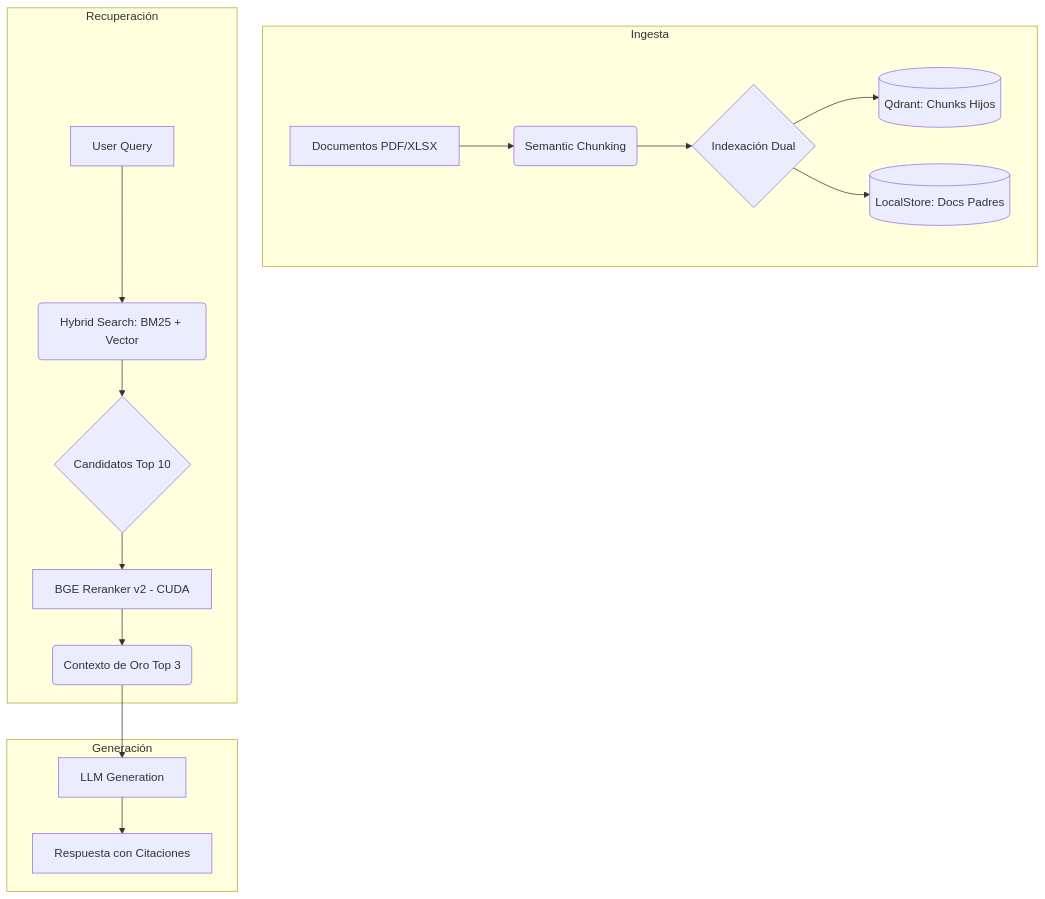
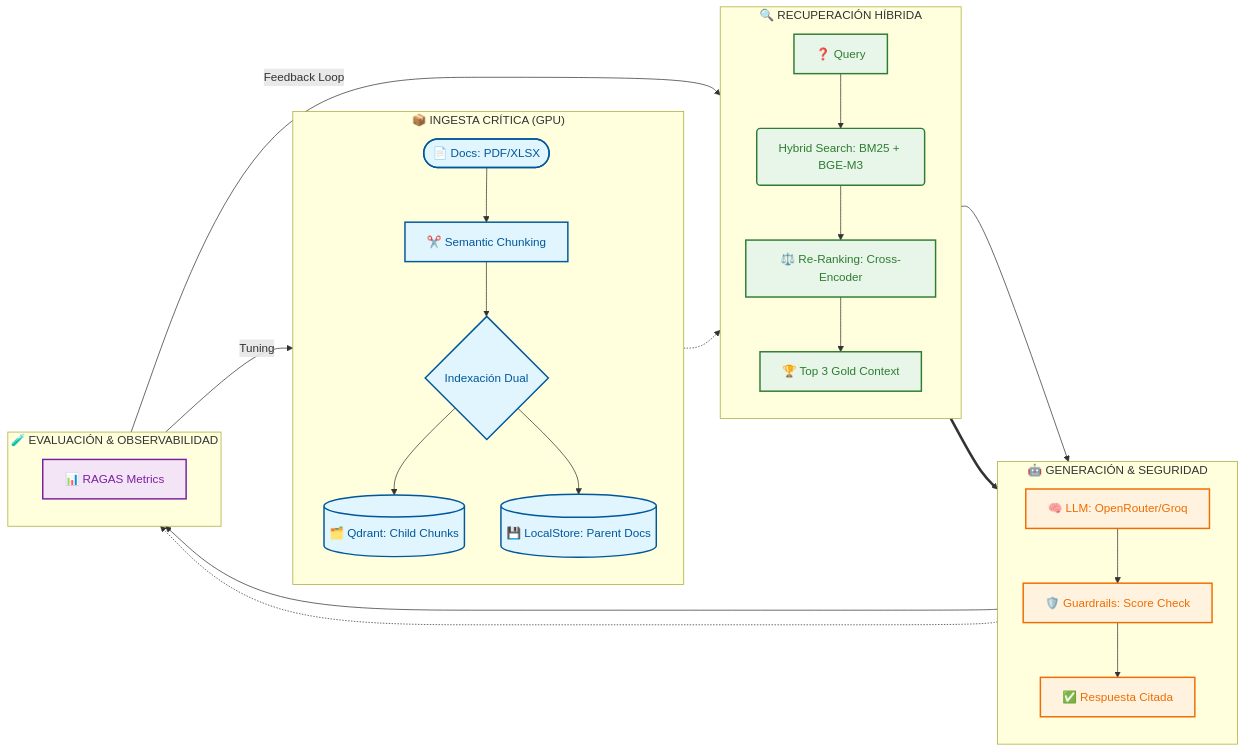
The diagram in README.md (berniehans/AxiomRAG), drawn with Mermaid before and after one commit.

Commit message:
Revise architecture Mermaid diagram with styles
Replace the simple Mermaid 'graph TD' diagram with a styled 'flowchart LR' version that improves readability and documents updated architecture. Adds classDef styles, reorganizes subgraphs with descriptive names and emojis (Ingesta, Recuperación, Generación, MLOps), clarifies components (Qdrant, LocalStore, Hybrid Search/BGE-M3, Cross-Encoder re-ranker, LLM OpenRouter/Groq), and includes feedback/tuning loops and observability nodes. Purpose: better visual presentation and to reflect current ingestion (GPU), hybrid retrieval, safety checks, and evaluation pipelines.

````diff
--- a/README.md
+++ b/README.md
@@ -32,21 +32,48 @@
 ```mermaid
-graph TD
-    subgraph Ingesta
-        A[Documentos PDF/XLSX] --> B(Semantic Chunking)
+flowchart LR
+    %% Definición de Estilos
+    classDef ingestion fill:#e1f5fe,stroke:#01579b,stroke-width:2px,color:#01579b;
+    classDef retrieval fill:#e8f5e9,stroke:#2e7d32,stroke-width:2px,color:#2e7d32;
+    classDef generation fill:#fff3e0,stroke:#ef6c00,stroke-width:2px,color:#ef6c00;
+    classDef eval fill:#f3e5f5,stroke:#7b1fa2,stroke-width:2px,color:#7b1fa2;
+
+    subgraph Fase_Ingesta ["📦 INGESTA CRÍTICA (GPU)"]
+        direction TB
+        A([📄 Docs: PDF/XLSX]) --> B[✂️ Semantic Chunking]
         B --> C{Indexación Dual}
-        C --> D[(Qdrant: Chunks Hijos)]
-        C --> E[(LocalStore: Docs Padres)]
+        C --> D[(🗂️ Qdrant: Child Chunks)]
+        C --> E[(💾 LocalStore: Parent Docs)]
     end
 
-    subgraph Recuperación
-        F[User Query] --> G(Hybrid Search: BM25 + Vector)
-        G --> H{Candidatos Top 10}
-        H --> I[BGE Reranker v2 - CUDA]
-        I --> J(Contexto de Oro Top 3)
+    subgraph Fase_Busqueda ["🔍 RECUPERACIÓN HÍBRIDA"]
+        direction TB
+        F[❓ Query] --> G(Hybrid Search: BM25 + BGE-M3)
+        G --> H[⚖️ Re-Ranking: Cross-Encoder]
+        H --> I[🏆 Top 3 Gold Context]
     end
 
-    subgraph Generación
-        J --> K[LLM Generation]
-        K --> L[Respuesta con Citaciones]
+    subgraph Fase_Gen ["🤖 GENERACIÓN & SEGURIDAD"]
+        direction TB
+        I --> J[🧠 LLM: OpenRouter/Groq]
+        J --> K[🛡️ Guardrails: Score Check]
+        K --> L[✅ Respuesta Citada]
     end
+
+    subgraph Fase_MLOps ["🧪 EVALUACIÓN & OBSERVABILIDAD"]
+        direction TB
+        L --> M[📊 RAGAS Metrics]
+        M -- "Feedback Loop" --> G
+        M -- "Tuning" --> B
+    end
+
+    %% Conexiones entre subgrafos
+    Fase_Ingesta -.-> Fase_Busqueda
+    Fase_Busqueda ==> Fase_Gen
+    Fase_Gen -.-> Fase_MLOps
+
+    %% Aplicación de Clases
+    class A,B,C,D,E ingestion;
+    class F,G,H,I retrieval;
+    class J,K,L generation;
+    class M eval;
 ```
````
